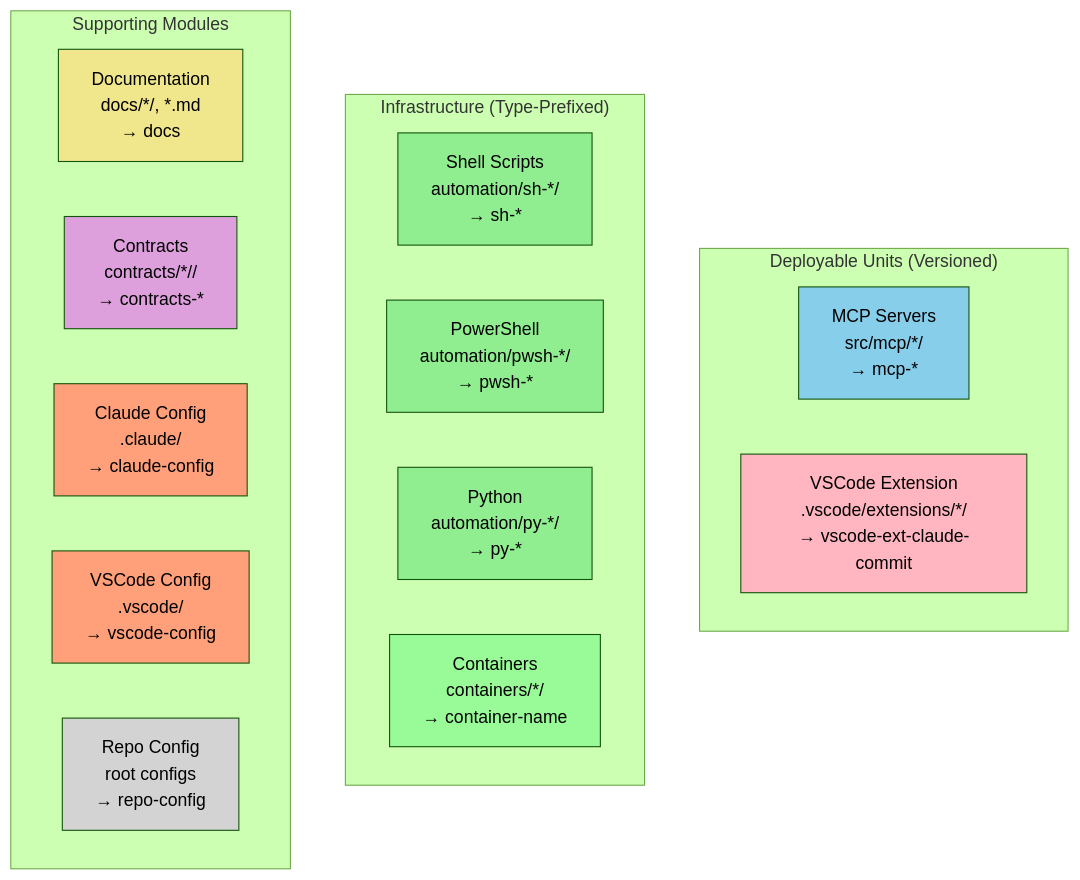
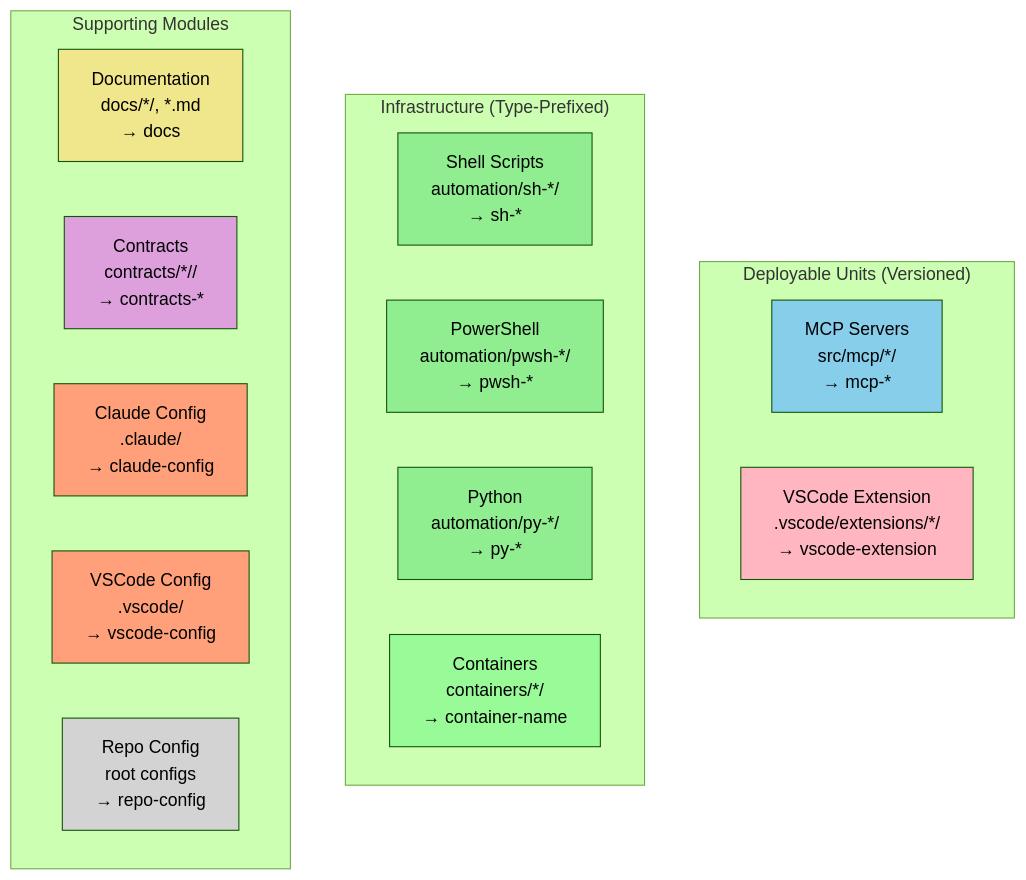
One commit to ready-to-release/eac changed the second of 13 diagrams in docs/guide/module-detection.md. Above: the diagram before and after it, drawn with Mermaid (forest theme). The commit also changed other lines of this file and 29 other files, not shown here.

````diff
--- a/docs/guide/module-detection.md
+++ b/docs/guide/module-detection.md
@@ -65,34 +65,34 @@
 ```mermaid
 graph TB
     subgraph Deployable["Deployable Units (Versioned)"]
         MCP["MCP Servers<br/>src/mcp/*/<br/>→ mcp-*"]
-        VSCodeExt["VSCode Extension<br/>.vscode/extensions/*/<br/>→ vscode-ext-claude-commit"]
+        VSCodeExt["VSCode Extension<br/>.vscode/extensions/*/<br/>→ vscode-extension"]
     end
 
     subgraph Infrastructure["Infrastructure (Type-Prefixed)"]
         AutoShell["Shell Scripts<br/>automation/sh-*/<br/>→ sh-*"]
         AutoPwsh["PowerShell<br/>automation/pwsh-*/<br/>→ pwsh-*"]
         AutoPy["Python<br/>automation/py-*/<br/>→ py-*"]
         Containers["Containers<br/>containers/*/<br/>→ container-name"]
     end
 
     subgraph Supporting["Supporting Modules"]
         Docs["Documentation<br/>docs/*/, *.md<br/>→ docs"]
         Contracts["Contracts<br/>contracts/*/<version>/<br/>→ contracts-*"]
         Claude["Claude Config<br/>.claude/<br/>→ claude-config"]
         VSCode["VSCode Config<br/>.vscode/<br/>→ vscode-config"]
         Repo["Repo Config<br/>root configs<br/>→ repo-config"]
     end
 
     style MCP fill:#87CEEB
     style VSCodeExt fill:#FFB6C1
     style AutoShell fill:#90EE90
     style AutoPwsh fill:#90EE90
     style AutoPy fill:#90EE90
     style Containers fill:#98FB98
     style Docs fill:#F0E68C
     style Contracts fill:#DDA0DD
     style Claude fill:#FFA07A
     style VSCode fill:#FFA07A
     style Repo fill:#D3D3D3
 ```
````
